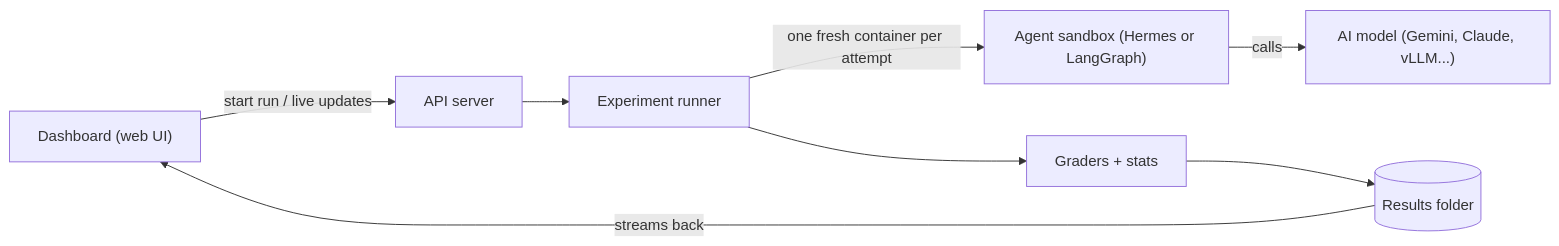
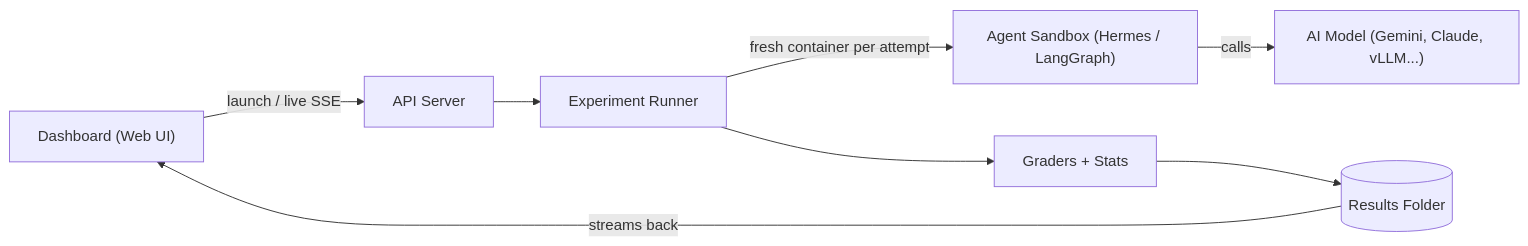
Before and after one commit to rpm360/agent-eval-platform: the first of 3 diagrams in docs/ARCHITECTURE.md, drawn with Mermaid. The commit also changed other lines of this file and 1 other file, not shown here.

Commit message:
docs: add adapter box diagram, file references, and simplify statistical method section

````diff
--- a/docs/ARCHITECTURE.md
+++ b/docs/ARCHITECTURE.md
@@ -9,10 +9,10 @@
 ```mermaid
 flowchart LR
-  UI["Dashboard (web UI)"] -->|"start run / live updates"| API["API server"]
-  API --> R["Experiment runner"]
-  R -->|"one fresh container per attempt"| W["Agent sandbox (Hermes or LangGraph)"]
-  W -->|"calls"| M["AI model (Gemini, Claude, vLLM...)"]
-  R --> G["Graders + stats"]
-  G --> D[("Results folder")]
+  UI["Dashboard (Web UI)"] -->|"launch / live SSE"| API["API Server"]
+  API --> R["Experiment Runner"]
+  R -->|"fresh container per attempt"| W["Agent Sandbox (Hermes / LangGraph)"]
+  W -->|"calls"| M["AI Model (Gemini, Claude, vLLM...)"]
+  R --> G["Graders + Stats"]
+  G --> D[("Results Folder")]
   D -->|"streams back"| UI
 ```
````
